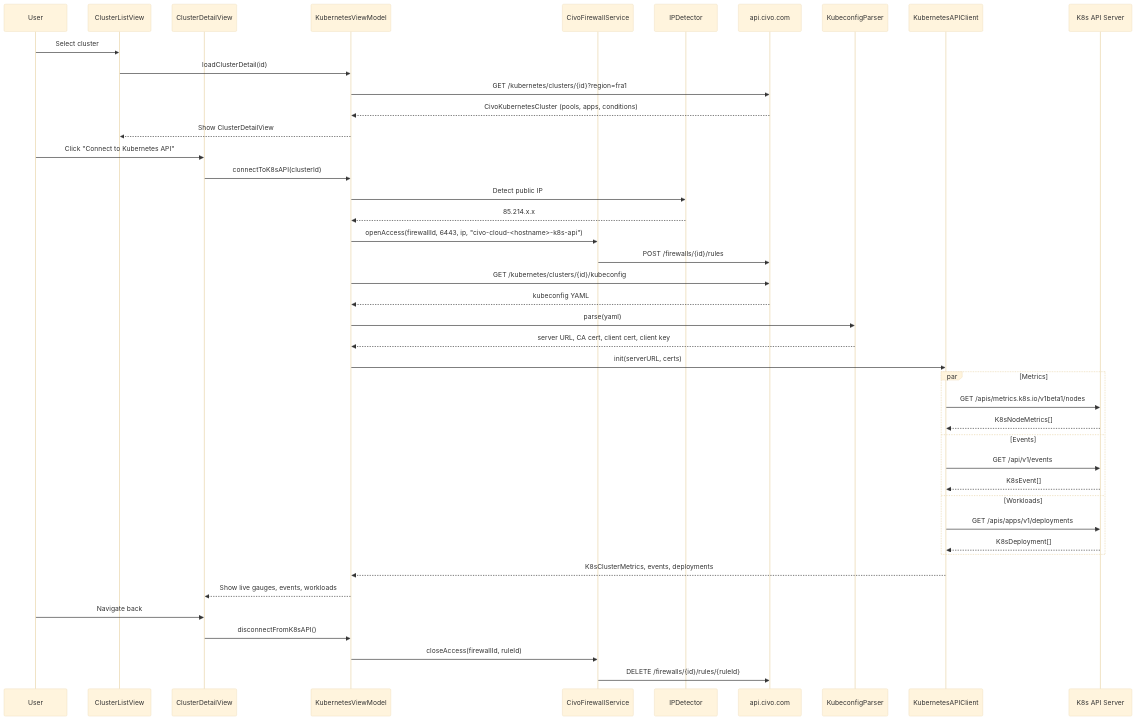
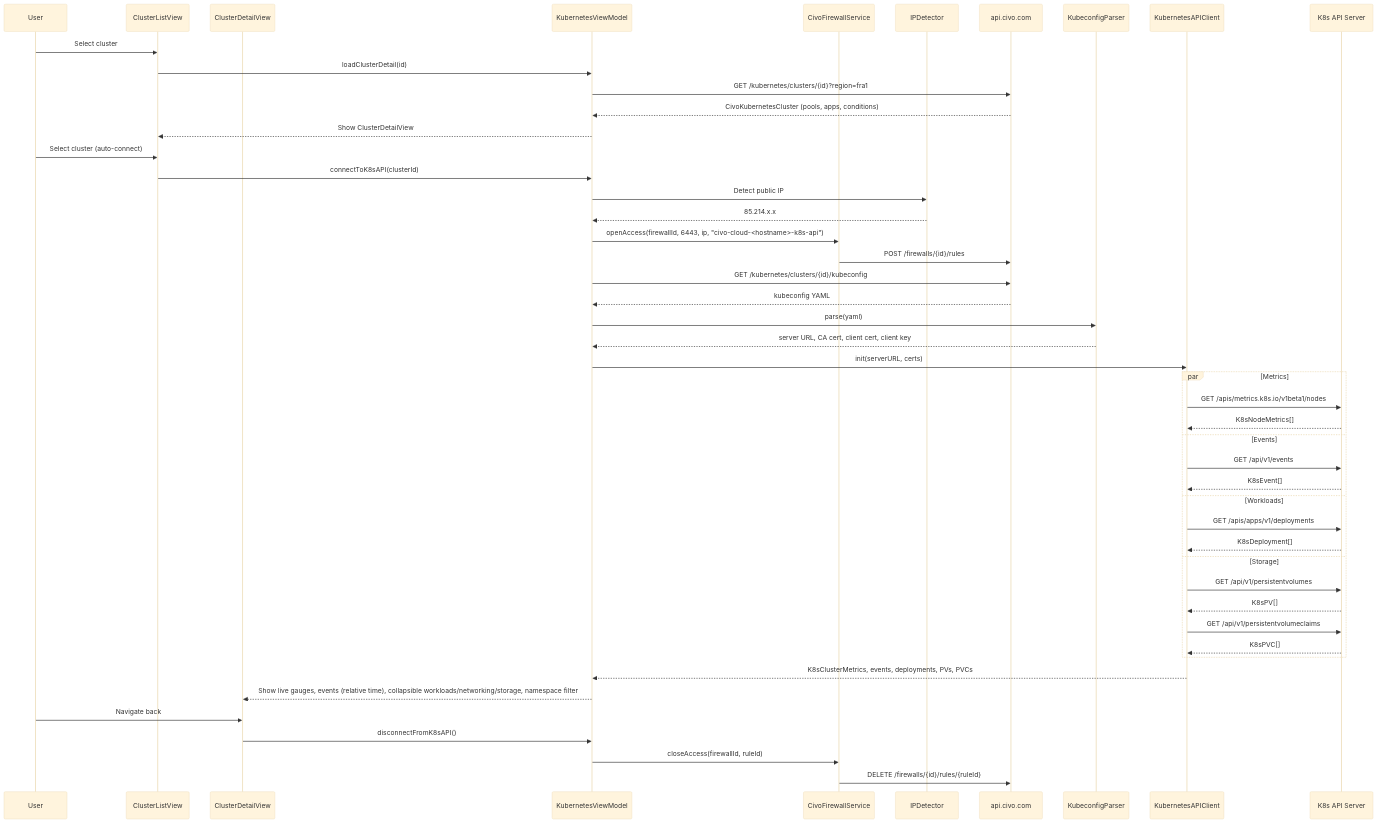
One commit to marcelrgberger/civo-cloud-manager changed the seventh of 9 diagrams in README.md. Above: the diagram before and after it, drawn with Mermaid (base theme). The commit also changed other lines of this file and 3 other files, not shown here.

````diff
--- a/README.md
+++ b/README.md
@@ -763,50 +793,55 @@
 ```mermaid
 sequenceDiagram
     participant U as User
     participant CL as ClusterListView
     participant CD as ClusterDetailView
     participant VM as KubernetesViewModel
     participant F as CivoFirewallService
     participant IP as IPDetector
     participant API as api.civo.com
     participant KP as KubeconfigParser
     participant KA as KubernetesAPIClient
     participant K8S as K8s API Server
 
     U->>CL: Select cluster
     CL->>VM: loadClusterDetail(id)
     VM->>API: GET /kubernetes/clusters/{id}?region=fra1
     API-->>VM: CivoKubernetesCluster (pools, apps, conditions)
     VM-->>CL: Show ClusterDetailView
 
-    U->>CD: Click "Connect to Kubernetes API"
-    CD->>VM: connectToK8sAPI(clusterId)
+    U->>CL: Select cluster (auto-connect)
+    CL->>VM: connectToK8sAPI(clusterId)
     VM->>IP: Detect public IP
     IP-->>VM: 85.214.x.x
     VM->>F: openAccess(firewallId, 6443, ip, "civo-cloud-<hostname>-k8s-api")
     F->>API: POST /firewalls/{id}/rules
     VM->>API: GET /kubernetes/clusters/{id}/kubeconfig
     API-->>VM: kubeconfig YAML
     VM->>KP: parse(yaml)
     KP-->>VM: server URL, CA cert, client cert, client key
     VM->>KA: init(serverURL, certs)
 
     par Metrics
         KA->>K8S: GET /apis/metrics.k8s.io/v1beta1/nodes
         K8S-->>KA: K8sNodeMetrics[]
     and Events
         KA->>K8S: GET /api/v1/events
         K8S-->>KA: K8sEvent[]
     and Workloads
         KA->>K8S: GET /apis/apps/v1/deployments
         K8S-->>KA: K8sDeployment[]
+    and Storage
+        KA->>K8S: GET /api/v1/persistentvolumes
+        K8S-->>KA: K8sPV[]
+        KA->>K8S: GET /api/v1/persistentvolumeclaims
+        K8S-->>KA: K8sPVC[]
     end
 
-    KA-->>VM: K8sClusterMetrics, events, deployments
-    VM-->>CD: Show live gauges, events, workloads
+    KA-->>VM: K8sClusterMetrics, events, deployments, PVs, PVCs
+    VM-->>CD: Show live gauges, events (relative time), collapsible workloads/networking/storage, namespace filter
 
     U->>CD: Navigate back
     CD->>VM: disconnectFromK8sAPI()
     VM->>F: closeAccess(firewallId, ruleId)
     F->>API: DELETE /firewalls/{id}/rules/{ruleId}
 ```
````
